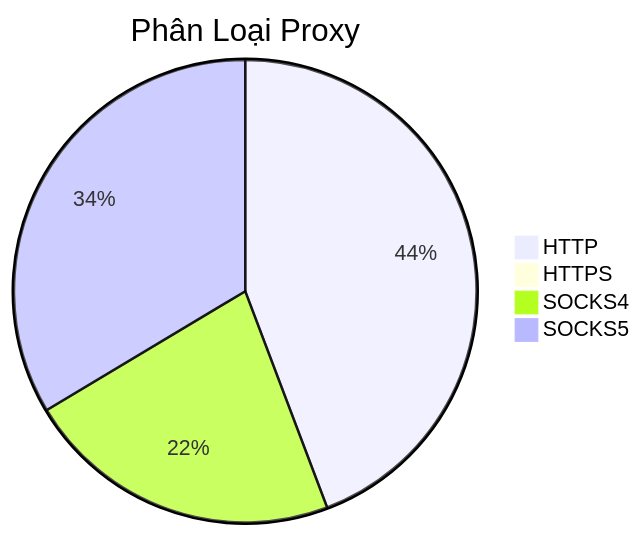
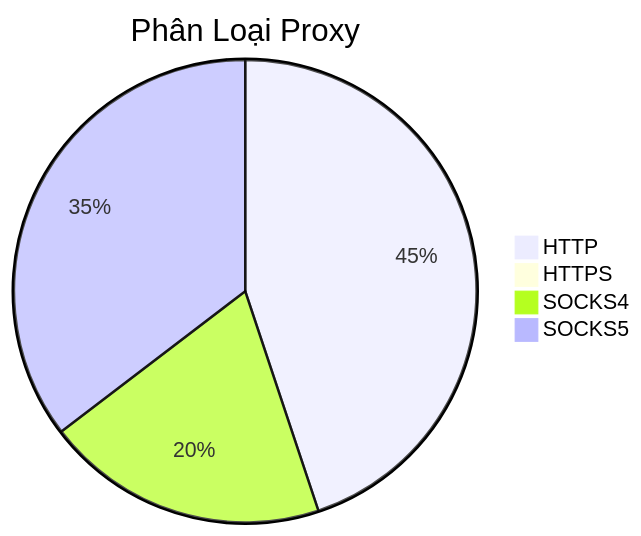
One commit to Ciara-12/PROXY-free changed the diagram in README.md. Above: the diagram before and after it, drawn with Mermaid. The commit also changed other lines of this file and 3 other files, not shown here.

````diff
--- a/README.md
+++ b/README.md
@@ -26,7 +26,7 @@
 ```mermaid
 pie title Phân Loại Proxy
-    "HTTP" : 407
+    "HTTP" : 425
     "HTTPS" : 1
-    "SOCKS4" : 204
-    "SOCKS5" : 309
+    "SOCKS4" : 187
+    "SOCKS5" : 335
 ```
````
